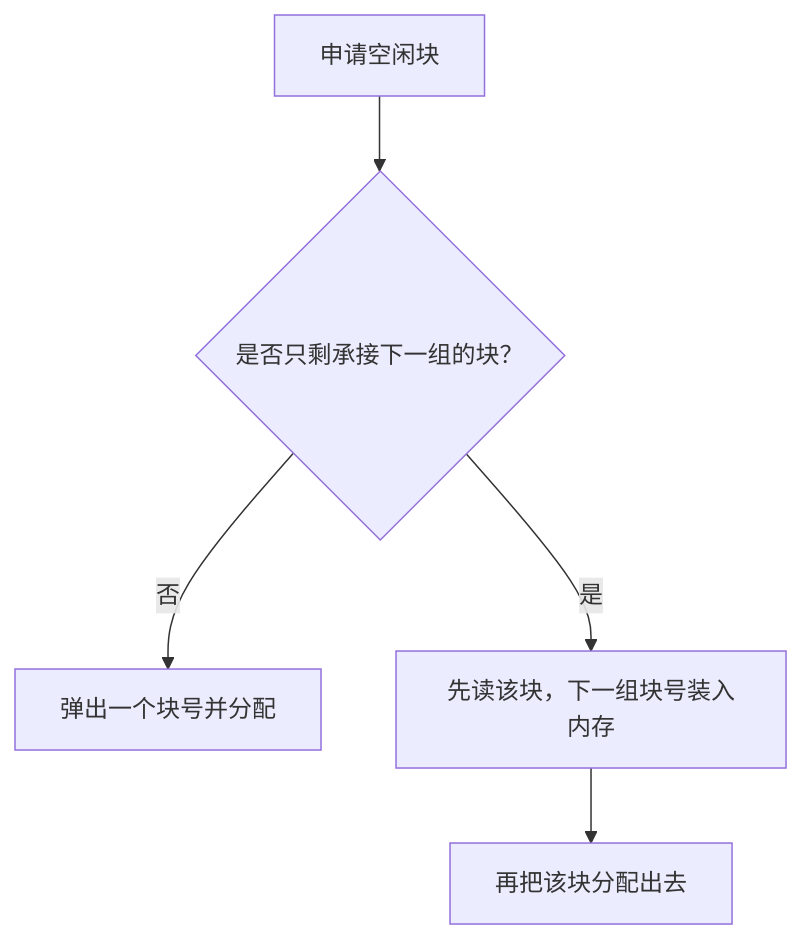
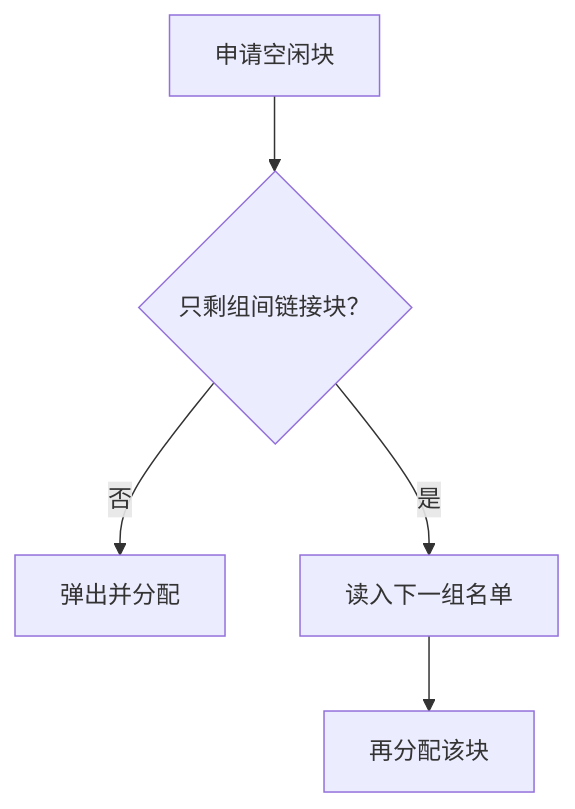
The second of 3 diagrams in 知识点/408操作系统/成组链接法.md (Pandamic987/Study), drawn with Mermaid before and after one commit. The commit also changed other lines of this file, not shown here.

Commit message:
缩短流程图标签以改善手机阅读

````diff
--- a/知识点/408操作系统/成组链接法.md
+++ b/知识点/408操作系统/成组链接法.md
@@ -31,7 +31,7 @@
 ```mermaid
 flowchart TD
-    A["申请空闲块"] --> B{"是否只剩承接下一组的块？"}
-    B -->|"否"| C["弹出一个块号并分配"]
-    B -->|"是"| D["先读该块，下一组块号装入内存"]
-    D --> E["再把该块分配出去"]
+    A["申请空闲块"] --> B{"只剩组间链接块？"}
+    B -->|"否"| C["弹出并分配"]
+    B -->|"是"| D["读入下一组名单"]
+    D --> E["再分配该块"]
 ```
````
